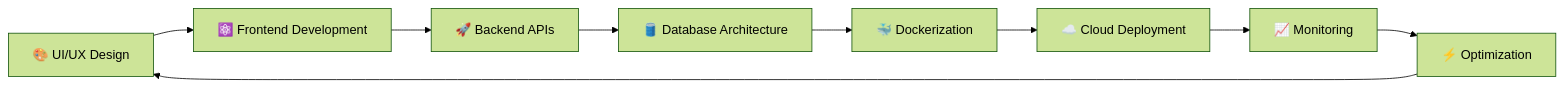
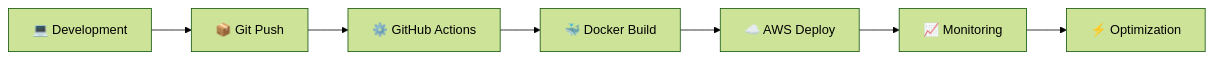
Before and after one commit to Aviral-1/Aviral-1: the second of 2 diagrams in README.md, drawn with Mermaid (forest theme). The commit also changed other lines of this file, not shown here.

````diff
--- a/README.md
+++ b/README.md
@@ -307,12 +216,10 @@
 ```mermaid
 flowchart LR
 
-A[🎨 UI/UX Design] --> B[⚛️ Frontend Development]
-B --> C[🚀 Backend APIs]
-C --> D[🛢️ Database Architecture]
-D --> E[🐳 Dockerization]
-E --> F[☁️ Cloud Deployment]
-F --> G[📈 Monitoring]
-G --> H[⚡ Optimization]
-H --> A
+A[💻 Development] --> B[📦 Git Push]
+B --> C[⚙️ GitHub Actions]
+C --> D[🐳 Docker Build]
+D --> E[☁️ AWS Deploy]
+E --> F[📈 Monitoring]
+F --> G[⚡ Optimization]
 ```
````
